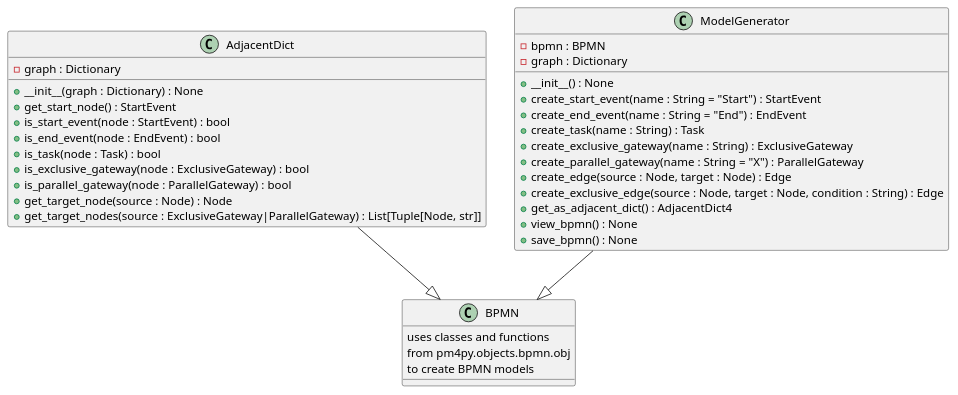
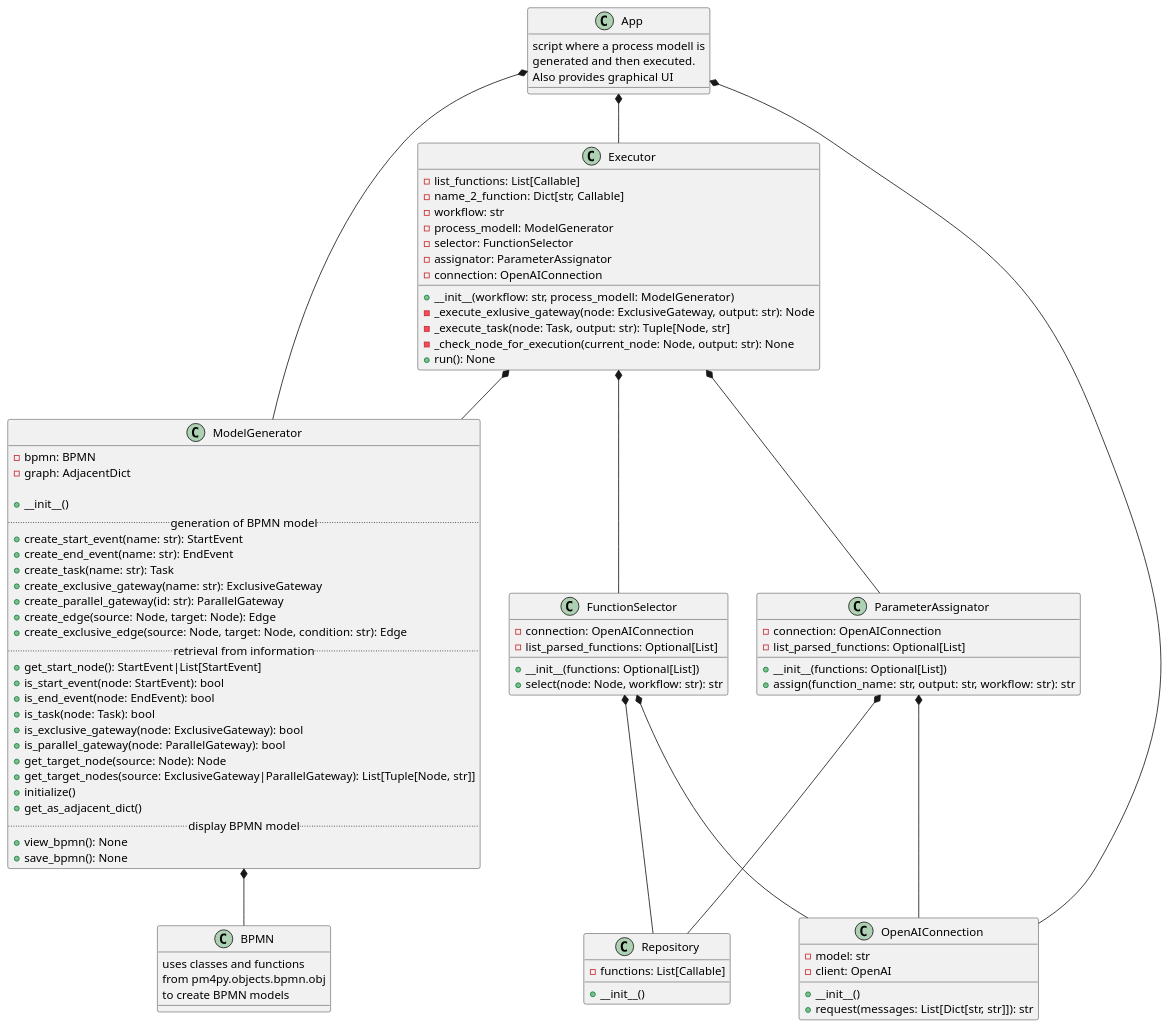
One commit to nickreiter98/agentic-process-automation changed the diagram in docs/class_diagramm.puml. Above: the diagram before and after it, drawn with PlantUML. The commit also changed 1 other file, not shown here.

Commit message:
added class diagramm

```diff
--- a/docs/class_diagramm.puml
+++ b/docs/class_diagramm.puml
@@ -1,44 +1,102 @@
 @startuml
 
-AdjacentDict --|> BPMN
-ModelGenerator --|> BPMN
+ModelGenerator *-- BPMN
+App *-- ModelGenerator 
+App *-- Executor
+App *-- OpenAIConnection
+Executor *-- ModelGenerator
+Executor *-- FunctionSelector
+Executor *-- ParameterAssignator
+FunctionSelector *-- OpenAIConnection
+ParameterAssignator *-- OpenAIConnection
+ParameterAssignator *-- Repository
+FunctionSelector *-- Repository
 
+class App {
+    script where a process modell is
+    generated and then executed. 
+    Also provides graphical UI 
+}
+    
 
 class BPMN {
     uses classes and functions
     from pm4py.objects.bpmn.obj
     to create BPMN models
 }
 
 class ModelGenerator {
-    - bpmn : BPMN
-    - graph : Dictionary
+  -bpmn: BPMN
+  -graph: AdjacentDict
 
-    + __init__() : None
-    + create_start_event(name : String = "Start") : StartEvent
-    + create_end_event(name : String = "End") : EndEvent
-    + create_task(name : String) : Task
-    + create_exclusive_gateway(name : String) : ExclusiveGateway
-    + create_parallel_gateway(name : String = "X") : ParallelGateway
-    + create_edge(source : Node, target : Node) : Edge
-    + create_exclusive_edge(source : Node, target : Node, condition : String) : Edge
-    + get_as_adjacent_dict() : AdjacentDict4
-    + view_bpmn() : None
-    + save_bpmn() : None
+  +__init__()
+  .. generation of BPMN model ..
+  +create_start_event(name: str): StartEvent
+  +create_end_event(name: str): EndEvent
+  +create_task(name: str): Task
+  +create_exclusive_gateway(name: str): ExclusiveGateway
+  +create_parallel_gateway(id: str): ParallelGateway
+  +create_edge(source: Node, target: Node): Edge
+  +create_exclusive_edge(source: Node, target: Node, condition: str): Edge
+  .. retrieval from information ..
+  +get_start_node(): StartEvent|List[StartEvent]
+  +is_start_event(node: StartEvent): bool
+  +is_end_event(node: EndEvent): bool
+  +is_task(node: Task): bool
+  +is_exclusive_gateway(node: ExclusiveGateway): bool
+  +is_parallel_gateway(node: ParallelGateway): bool
+  +get_target_node(source: Node): Node
+  +get_target_nodes(source: ExclusiveGateway|ParallelGateway): List[Tuple[Node, str]]
+  +initialize()
+  +get_as_adjacent_dict()
+  .. display BPMN model ..
+  +view_bpmn(): None
+  +save_bpmn(): None
 }
 
-class AdjacentDict {
-    - graph : Dictionary
+class Executor {
+  -list_functions: List[Callable]
+  -name_2_function: Dict[str, Callable]
+  -workflow: str
+  -process_modell: ModelGenerator
+  -selector: FunctionSelector
+  -assignator: ParameterAssignator
+  -connection: OpenAIConnection
 
-    + __init__(graph : Dictionary) : None
-    + get_start_node() : StartEvent
-    + is_start_event(node : StartEvent) : bool
-    + is_end_event(node : EndEvent) : bool
-    + is_task(node : Task) : bool
-    + is_exclusive_gateway(node : ExclusiveGateway) : bool
-    + is_parallel_gateway(node : ParallelGateway) : bool
-    + get_target_node(source : Node) : Node
-    + get_target_nodes(source : ExclusiveGateway|ParallelGateway) : List[Tuple[Node, str]]
+  +__init__(workflow: str, process_modell: ModelGenerator)
+  -_execute_exlusive_gateway(node: ExclusiveGateway, output: str): Node
+  -_execute_task(node: Task, output: str): Tuple[Node, str]
+  -_check_node_for_execution(current_node: Node, output: str): None
+  +run(): None
 }
 
+class FunctionSelector {
+  -connection: OpenAIConnection
+  -list_parsed_functions: Optional[List]
+
+  +__init__(functions: Optional[List])
+  +select(node: Node, workflow: str): str
+}
+
+class ParameterAssignator {
+  -connection: OpenAIConnection
+  -list_parsed_functions: Optional[List]
+
+  +__init__(functions: Optional[List])
+  +assign(function_name: str, output: str, workflow: str): str
+}
+
+class OpenAIConnection {
+  -model: str
+  -client: OpenAI
+
+  +__init__()
+  +request(messages: List[Dict[str, str]]): str
+}
+
+class Repository {
+  -functions: List[Callable]
+
+  +__init__()
+}
 @enduml
```
